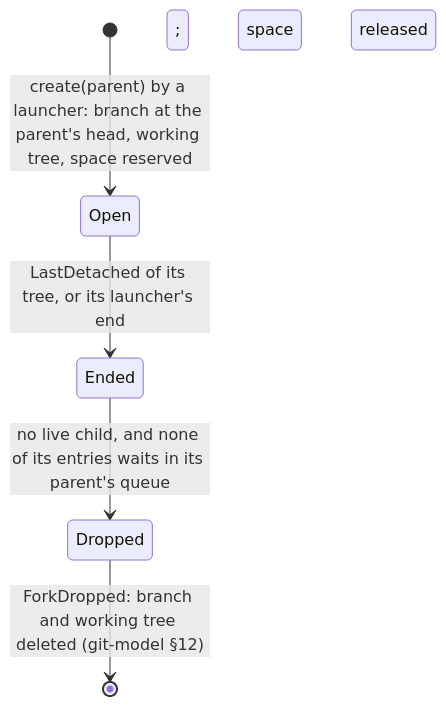
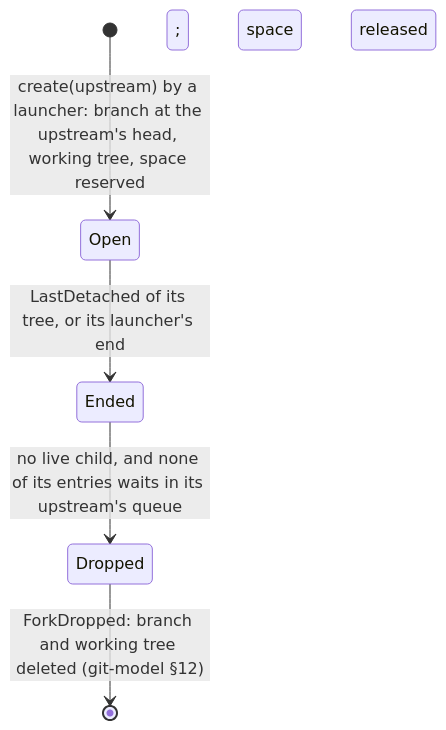
Before and after one commit to mcurcio/agentfs: the diagram in docs/target-architecture/domains/trees.md, drawn with Mermaid. The commit also changed other lines of this file and 25 other files, not shown here.

First line of the commit message:
docs(target-architecture): use upstream/fork and record owner answers

````diff
--- a/docs/target-architecture/domains/trees.md
+++ b/docs/target-architecture/domains/trees.md
@@ -40,7 +40,7 @@
 ```mermaid
 stateDiagram-v2
-  [*] --> Open: create(parent) by a launcher: branch at the parent's head, working tree, space reserved
+  [*] --> Open: create(upstream) by a launcher: branch at the upstream's head, working tree, space reserved
   Open --> Ended: LastDetached of its tree, or its launcher's end
-  Ended --> Dropped: no live child, and none of its entries waits in its parent's queue
+  Ended --> Dropped: no live child, and none of its entries waits in its upstream's queue
   Dropped --> [*]: ForkDropped: branch and working tree deleted (git-model §12); space released
 ```
````
